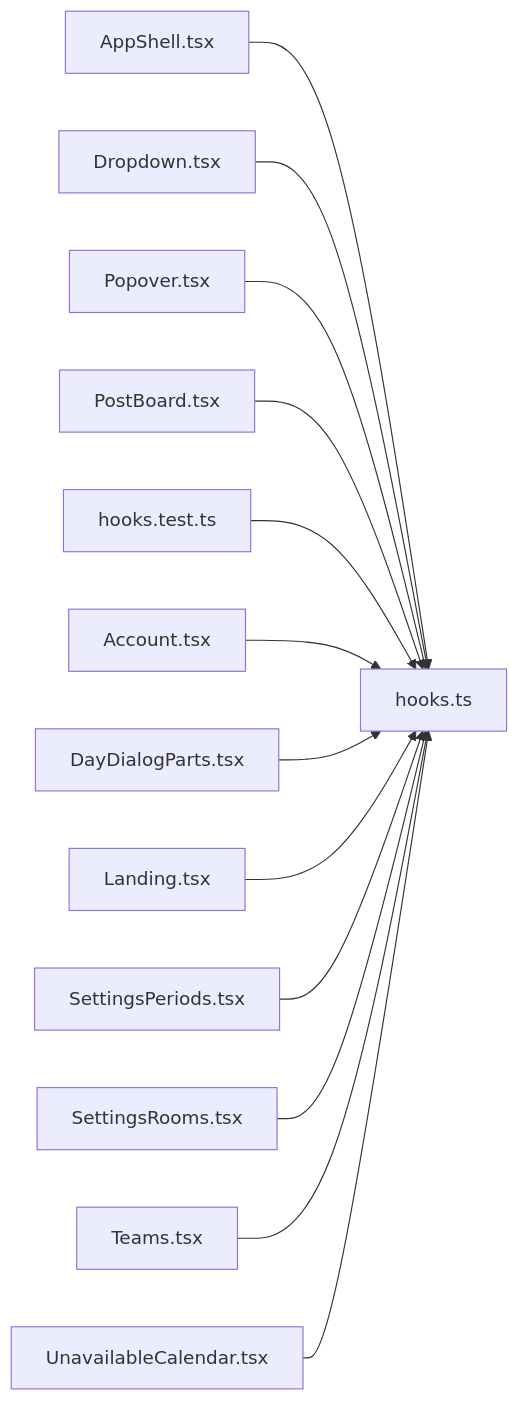
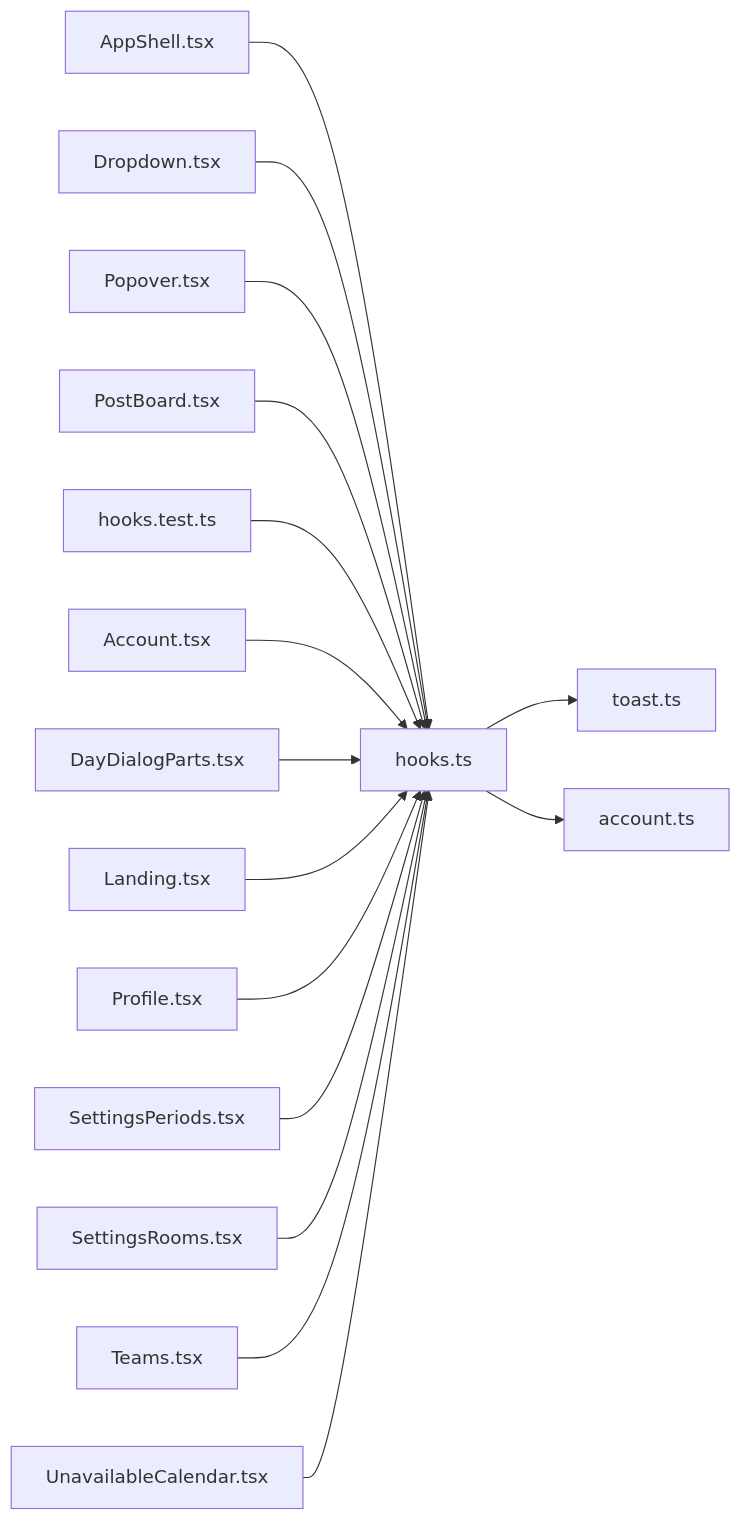
One commit to minkong-dev/Banblit changed the diagram in .cluedoc/graph/frontend/src/components/hooks.md. Above: the diagram before and after it, drawn with Mermaid. The commit also changed other lines of this file and 29 other files, not shown here.

````diff
--- a/.cluedoc/graph/frontend/src/components/hooks.md
+++ b/.cluedoc/graph/frontend/src/components/hooks.md
@@ -10,16 +10,19 @@
 ```mermaid
 flowchart LR
   frontend_src_components_hooks["hooks.ts"]
+  frontend_src_components_hooks --> frontend_src_components_toast["toast.ts"]
+  frontend_src_components_hooks --> frontend_src_lib_account["account.ts"]
   frontend_src_components_AppShell["AppShell.tsx"] --> frontend_src_components_hooks
   frontend_src_components_Dropdown["Dropdown.tsx"] --> frontend_src_components_hooks
   frontend_src_components_Popover["Popover.tsx"] --> frontend_src_components_hooks
   frontend_src_components_PostBoard["PostBoard.tsx"] --> frontend_src_components_hooks
   frontend_src_components_hooks_test["hooks.test.ts"] --> frontend_src_components_hooks
   frontend_src_routes_Account["Account.tsx"] --> frontend_src_components_hooks
   frontend_src_routes_DayDialogParts["DayDialogParts.tsx"] --> frontend_src_components_hooks
   frontend_src_routes_Landing["Landing.tsx"] --> frontend_src_components_hooks
+  frontend_src_routes_Profile["Profile.tsx"] --> frontend_src_components_hooks
   frontend_src_routes_SettingsPeriods["SettingsPeriods.tsx"] --> frontend_src_components_hooks
   frontend_src_routes_SettingsRooms["SettingsRooms.tsx"] --> frontend_src_components_hooks
   frontend_src_routes_Teams["Teams.tsx"] --> frontend_src_components_hooks
   frontend_src_routes_UnavailableCalendar["UnavailableCalendar.tsx"] --> frontend_src_components_hooks
 ```
````
